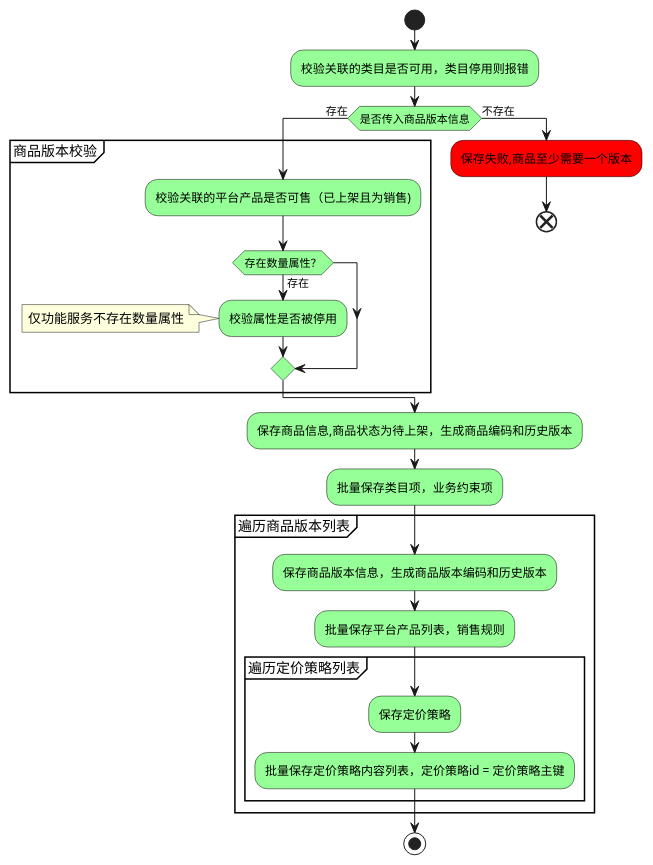
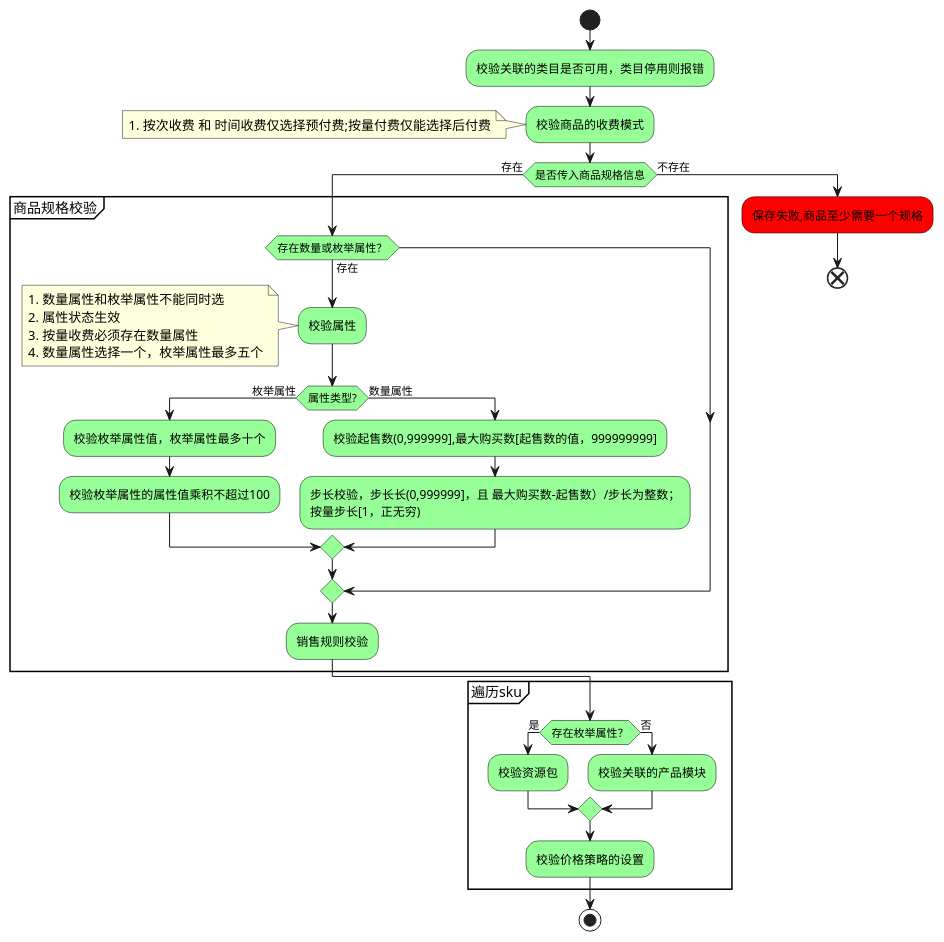
Before and after one commit to yu925546103/mydemo: the diagram in UML/src/main/java/servyou/cmc/CommodityAdd.puml, drawn with PlantUML. The commit also changed 39 other files, not shown here.

```diff
--- a/UML/src/main/java/servyou/cmc/CommodityAdd.puml
+++ b/UML/src/main/java/servyou/cmc/CommodityAdd.puml
@@ -1,35 +1,42 @@
 @startuml
 'https://plantuml.com/activity-diagram-beta
 skinparam Activity {
 	BorderColor Black
 	BackgroundColor PHYSICAL
 }
 
 
 start
 :校验关联的类目是否可用，类目停用则报错;
-if(是否传入商品版本信息) then(存在)
-partition 商品版本校验 {
-:校验关联的平台产品是否可售（已上架且为销售);
-if(存在数量属性？) then(存在)
-:校验属性是否被停用;
-note left:仅功能服务不存在数量属性
+:校验商品的收费模式;
+note left: 1. 按次收费 和 时间收费仅选择预付费;按量付费仅能选择后付费
+if(是否传入商品规格信息) then(存在)
+partition 商品规格校验 {
+if(存在数量或枚举属性？) then(存在)
+:校验属性;
+note left: 1. 数量属性和枚举属性不能同时选\n2. 属性状态生效\n3. 按量收费必须存在数量属性\n4. 数量属性选择一个，枚举属性最多五个
+if(属性类型?) then(枚举属性)
+:校验枚举属性值，枚举属性最多十个;
+:校验枚举属性的属性值乘积不超过100;
+else(数量属性)
+:校验起售数(0,999999],最大购买数[起售数的值，999999999];
+:步长校验，步长长(0,999999]，且 最大购买数-起售数）/步长为整数；\n按量步长[1，正无穷);
 endif
+endif
+:销售规则校验;
 }
 else(不存在)
-#red:保存失败,商品至少需要一个版本;
+#red:保存失败,商品至少需要一个规格;
 end
 endif
-:保存商品信息,商品状态为待上架，生成商品编码和历史版本;
-:批量保存类目项，业务约束项;
-partition 遍历商品版本列表 {
-:保存商品版本信息，生成商品版本编码和历史版本;
-:批量保存平台产品列表，销售规则;
-partition 遍历定价策略列表 {
-:保存定价策略;
-:批量保存定价策略内容列表，定价策略id = 定价策略主键;
-}
+partition 遍历sku {
+if(存在枚举属性？) then(是)
+:校验资源包;
+else(否)
+:校验关联的产品模块;
+endif
+:校验价格策略的设置;
 }
 stop
 
 @enduml
```
